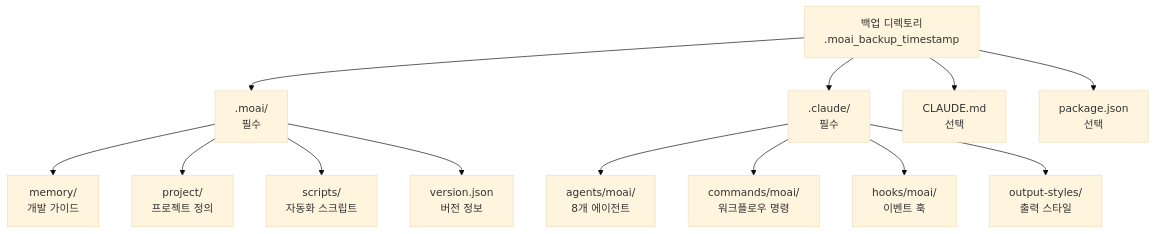
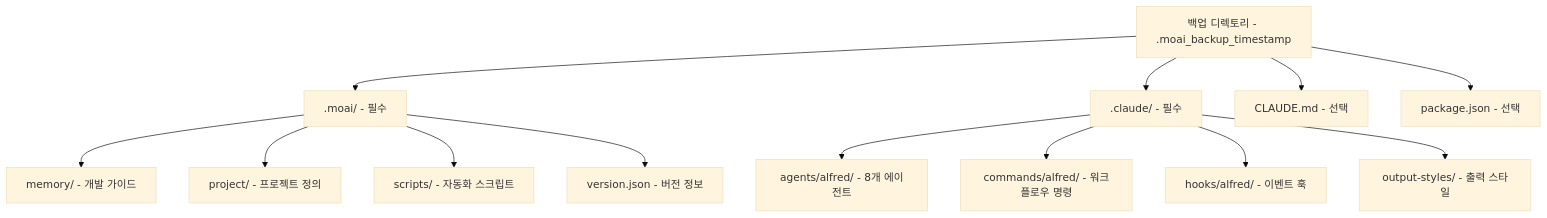
The second of 3 diagrams in docs/cli/restore.md (modu-ai/moai-adk), drawn with Mermaid (base theme) before and after one commit. The commit also changed other lines of this file and 447 other files, not shown here.

````diff
--- a/docs/cli/restore.md
+++ b/docs/cli/restore.md
@@ -61,20 +61,20 @@
 ```mermaid
 graph TB
-    ROOT["백업 디렉토리<br/>.moai_backup_timestamp"]
+    ROOT["백업 디렉토리 - .moai_backup_timestamp"]
 
-    ROOT --> MOAI[".moai/<br/>필수"]
-    ROOT --> CLAUDE[".claude/<br/>필수"]
-    ROOT --> CLAUDEMD["CLAUDE.md<br/>선택"]
-    ROOT --> PKG["package.json<br/>선택"]
+    ROOT --> MOAI[".moai/ - 필수"]
+    ROOT --> CLAUDE[".claude/ - 필수"]
+    ROOT --> CLAUDEMD["CLAUDE.md - 선택"]
+    ROOT --> PKG["package.json - 선택"]
 
-    MOAI --> MEM["memory/<br/>개발 가이드"]
-    MOAI --> PROJ["project/<br/>프로젝트 정의"]
-    MOAI --> SCR["scripts/<br/>자동화 스크립트"]
-    MOAI --> VER["version.json<br/>버전 정보"]
+    MOAI --> MEM["memory/ - 개발 가이드"]
+    MOAI --> PROJ["project/ - 프로젝트 정의"]
+    MOAI --> SCR["scripts/ - 자동화 스크립트"]
+    MOAI --> VER["version.json - 버전 정보"]
 
-    CLAUDE --> AGT["agents/moai/<br/>8개 에이전트"]
-    CLAUDE --> CMD["commands/moai/<br/>워크플로우 명령"]
-    CLAUDE --> HK["hooks/moai/<br/>이벤트 훅"]
-    CLAUDE --> STY["output-styles/<br/>출력 스타일"]
+    CLAUDE --> AGT["agents/alfred/ - 8개 에이전트"]
+    CLAUDE --> CMD["commands/alfred/ - 워크플로우 명령"]
+    CLAUDE --> HK["hooks/alfred/ - 이벤트 훅"]
+    CLAUDE --> STY["output-styles/ - 출력 스타일"]
 
 ```
````
